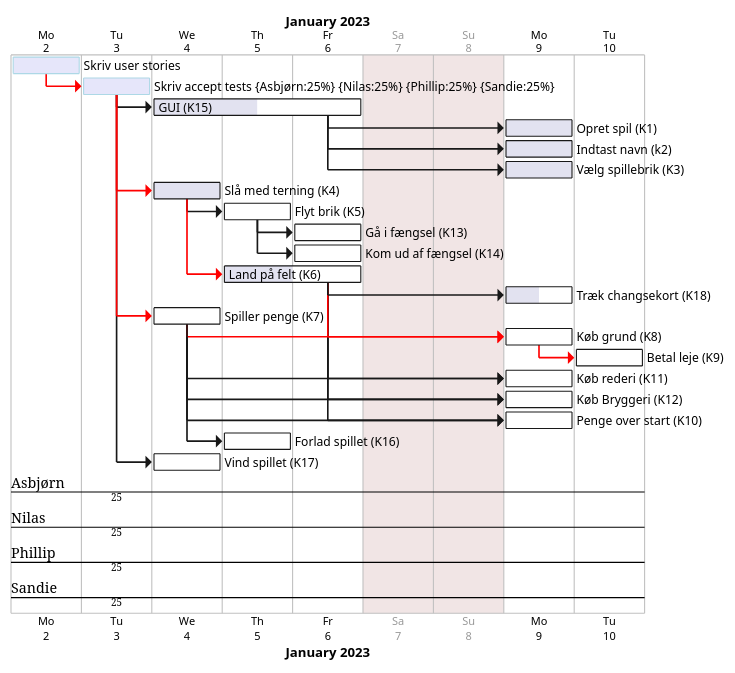
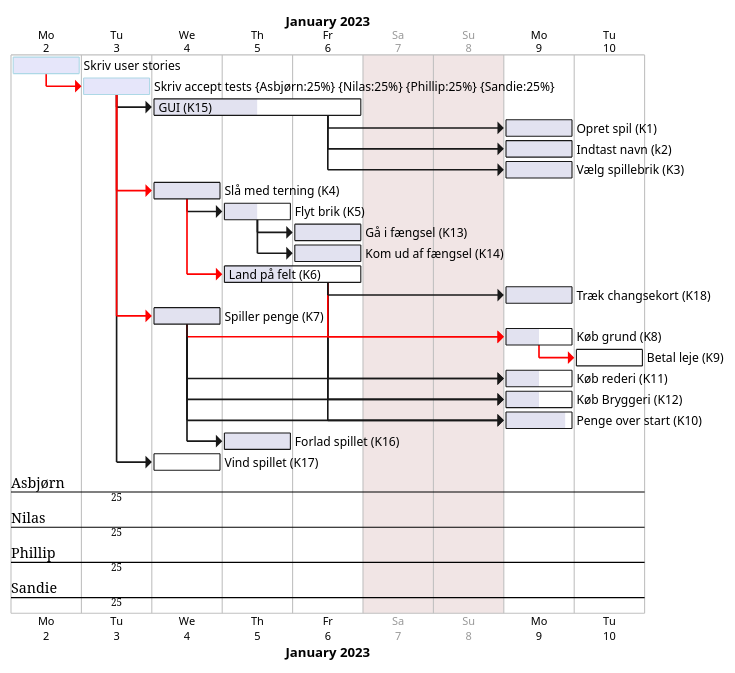
One commit to Gruppe-10-DTU/CDIO-FINAL changed the diagram in src/main/resources/Diagrams/Gantt.puml. Above: the diagram before and after it, drawn with PlantUML.

Commit message:
gant update 5/1

```diff
--- a/src/main/resources/Diagrams/Gantt.puml
+++ b/src/main/resources/Diagrams/Gantt.puml
@@ -1,114 +1,114 @@
 @startgantt
 printscale daily zoom 4
 saturday are closed
 sunday are closed
 
 Project starts the 2nd of january 2023
 
 [Skriv user stories] as [TASK1] lasts 1 days
 [TASK1] is colored in Lavender/LightBlue
 [TASK1] is 100% complete
 
 [Skriv accept tests] as [TASK2] on {Asbjørn:25%} {Nilas:25%} {Phillip:25%} {Sandie:25%} lasts 1 days
 [TASK2] is colored in Lavender/LightBlue
 [TASK2] is 100% complete
 
 [GUI (K15)] as [K15] lasts 3 days
 [K15] is 50% complete
 
 [Opret spil (K1)] as [K1] lasts 1 days
 [K1] is 100% complete
 
 [Indtast navn (k2)] as [K2] lasts 1 days
 [K2] is 100% complete
 
 [Vælg spillebrik (K3)] as [K3] lasts 1 days
 [K3] is 100% complete
 
 
 
 [Slå med terning (K4)] as [K4] lasts 1 days
 [K4] is 100% complete
 
 [Flyt brik (K5)] as [K5] lasts 1 days
-[K5] is 0% complete
+[K5] is 50% complete
 
 
 
 [Gå i fængsel (K13)] as [K13] lasts 1 days
-[K13] is 0% complete
+[K13] is 100% complete
 
 [Kom ud af fængsel (K14)] as [K14] lasts 1 days
-[K14] is 0% complete
+[K14] is 100% complete
 
 [Land på felt (K6)] as [K6] lasts 2 days
 [K6] is 50% complete
 
 [Træk changsekort (K18)] as [K18] lasts 1 days
-[K18] is 50% complete
+[K18] is 100% complete
 
 [Spiller penge (K7)] as [K7] lasts 1 days
-[K7] is 0% complete
+[K7] is 100% complete
 
 [Køb grund (K8)] as [K8] lasts 1 days
-[K8] is 0% complete
+[K8] is 50% complete
 
 
 [Betal leje (K9)] as [K9] lasts 1 days
 [K9] is 0% complete
 
 [Køb rederi (K11)] as [K11] lasts 1 days
-[K11] is 0% complete
+[K11] is 50% complete
 
 [Køb Bryggeri (K12)] as [K12] lasts 1 days
-[K12] is 0% complete
+[K12] is 50% complete
 
 
 
 [Penge over start (K10)] as [K10] lasts 1 days
-[K10] is 0% complete
+[K10] is 90% complete
 
 
 
 
 [Forlad spillet (K16)] as [K16] lasts 1 days
-[K16] is 0% complete
+[K16] is 100% complete
 
 [Vind spillet (K17)] as [K17] lasts 1 days
 [K17] is 0% complete
 
 
 
 
 [TASK1]-[#FF0000]->[TASK2]
 [TASK2]->[K15]
 [TASK2]->[K17]
 
 [TASK2]-[#FF0000]->[K7]
 [TASK2]-[#FF0000]->[K4]
 
 [K15]->[K1]
 [K15]->[K2]
 [K15]->[K3]
 
 [K4]->[K5]
 [K4]-[#FF0000]->[K6]
 
 [K7]->[K11]
 [K6]->[K11]
 [K7]->[K12]
 [K6]->[K12]
 [K7]->[K10]
 [K6]->[K10]
 [K7]-[#FF0000]->[K8]
 [K6]-[#FF0000]->[K8]
 [K6]->[K18]
 
 [K7]->[K16]
 
 [K8]-[#FF0000]->[K9]
 
 [K5]->[K13]
 [K5]->[K14]
 
 @endgantt
```
